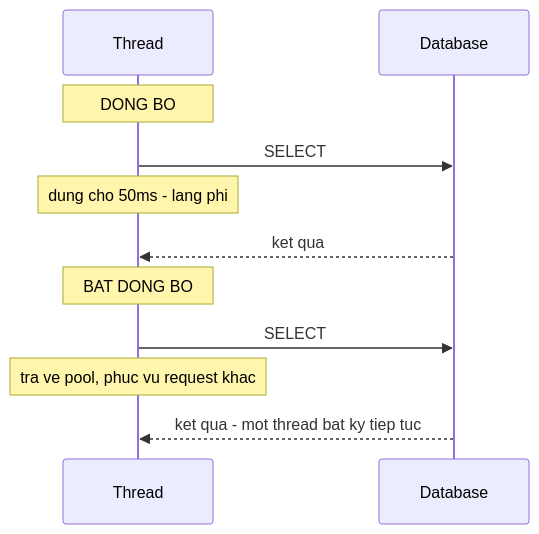
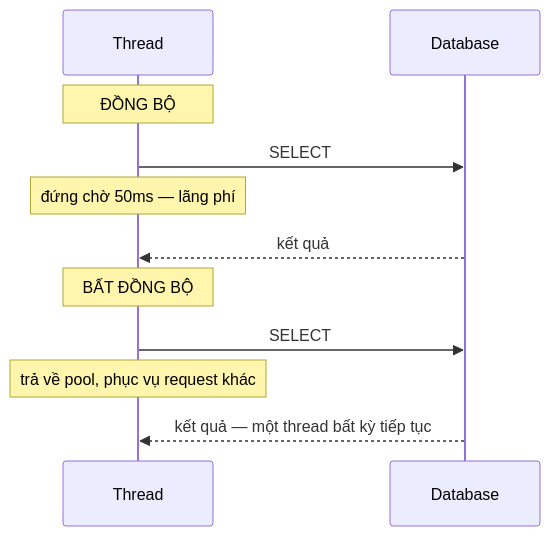
Before and after one commit to TienNHM/tiennhm.github.io: the diagram in docs/09-dotnet-backend-zero-to-senior/stage-02-csharp-professional/module-06-async-programming/6.1-why-async-matters.mdx, drawn with Mermaid. The commit also changed other lines of this file and 10 other files, not shown here.

````diff
--- a/docs/09-dotnet-backend-zero-to-senior/stage-02-csharp-professional/module-06-async-programming/6.1-why-async-matters.mdx
+++ b/docs/09-dotnet-backend-zero-to-senior/stage-02-csharp-professional/module-06-async-programming/6.1-why-async-matters.mdx
@@ -45,13 +45,13 @@
 ```mermaid
 sequenceDiagram
     participant T as Thread
     participant D as Database
-    Note over T: DONG BO
+    Note over T: ĐỒNG BỘ
     T->>D: SELECT
-    Note over T: dung cho 50ms - lang phi
-    D-->>T: ket qua
-    Note over T: BAT DONG BO
+    Note over T: đứng chờ 50ms — lãng phí
+    D-->>T: kết quả
+    Note over T: BẤT ĐỒNG BỘ
     T->>D: SELECT
-    Note over T: tra ve pool, phuc vu request khac
-    D-->>T: ket qua - mot thread bat ky tiep tuc
+    Note over T: trả về pool, phục vụ request khác
+    D-->>T: kết quả — một thread bất kỳ tiếp tục
 ```
````
